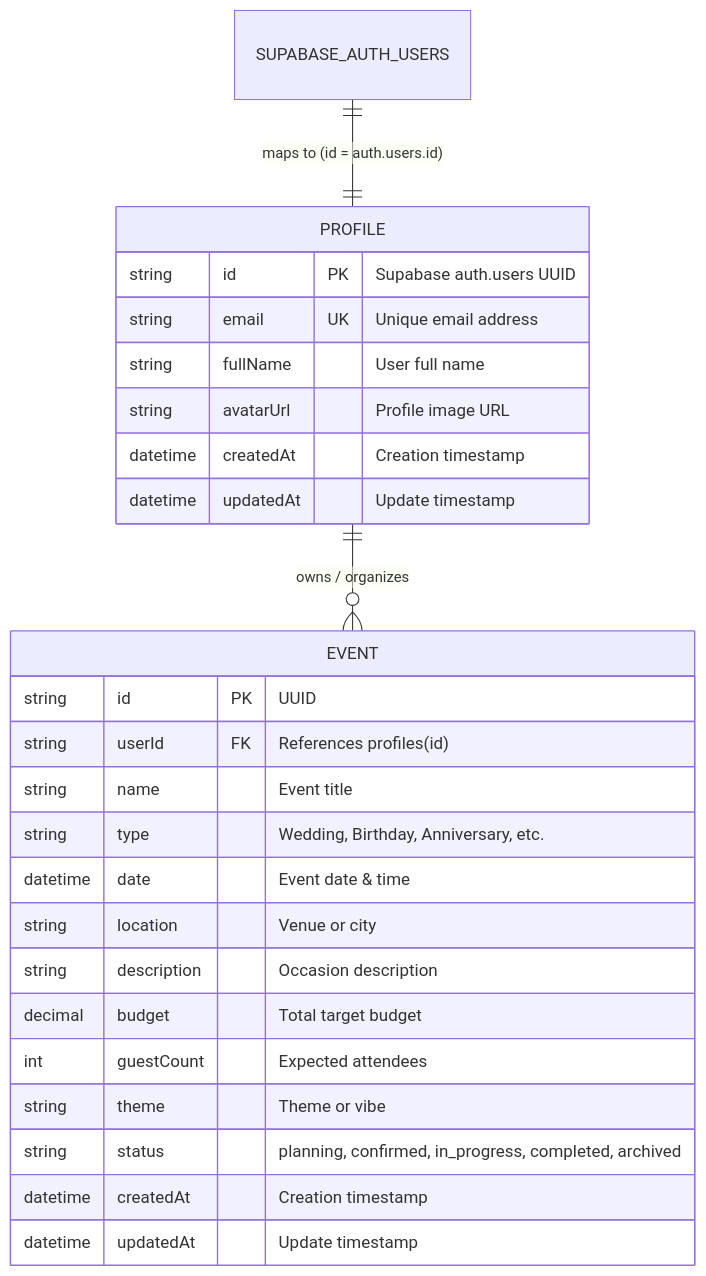
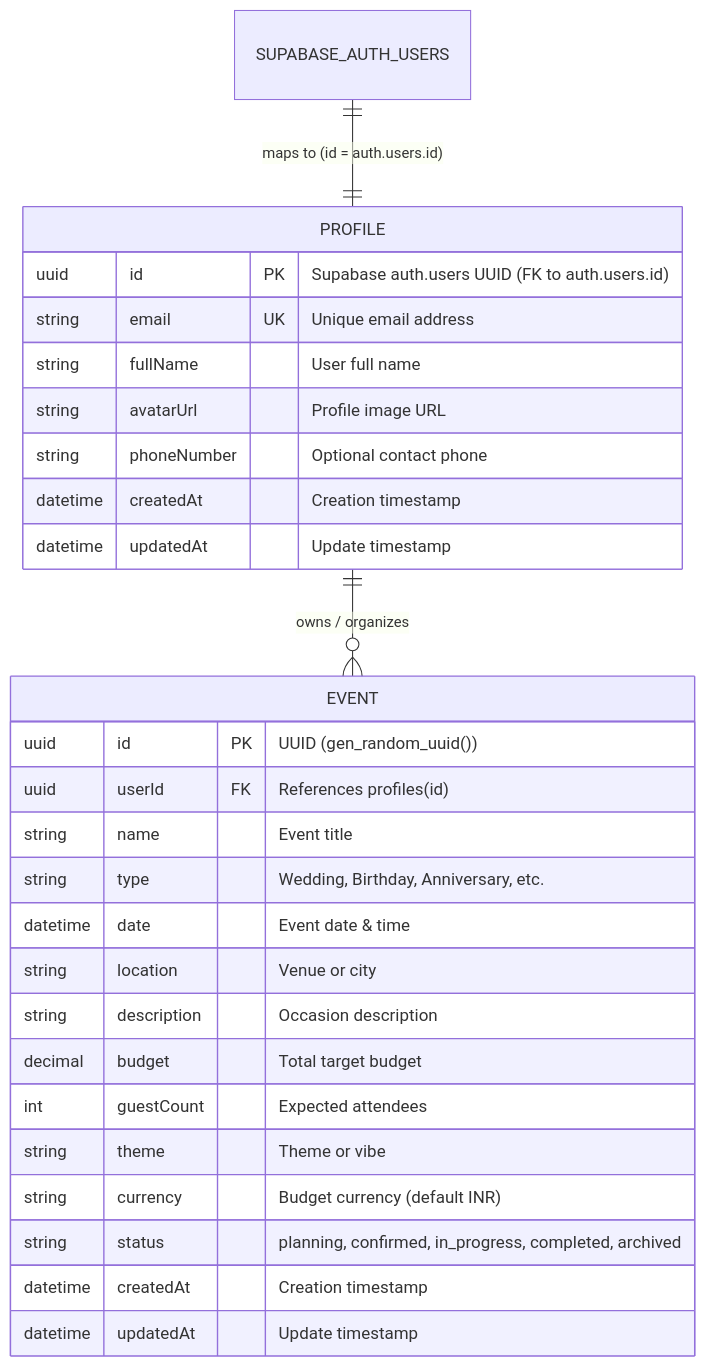
Before and after one commit to ZEESHAN0603/PromptWar: the diagram in backend/docs/DATABASE_DESIGN.md, drawn with Mermaid. The commit also changed other lines of this file and 40 other files, not shown here.

````diff
--- a/backend/docs/DATABASE_DESIGN.md
+++ b/backend/docs/DATABASE_DESIGN.md
@@ -14,30 +14,32 @@
 ```mermaid
 erDiagram
     SUPABASE_AUTH_USERS ||--|| PROFILE : "maps to (id = auth.users.id)"
     PROFILE ||--o{ EVENT : "owns / organizes"
 
     PROFILE {
-        string id PK "Supabase auth.users UUID"
+        uuid id PK "Supabase auth.users UUID (FK to auth.users.id)"
         string email UK "Unique email address"
         string fullName "User full name"
         string avatarUrl "Profile image URL"
+        string phoneNumber "Optional contact phone"
         datetime createdAt "Creation timestamp"
         datetime updatedAt "Update timestamp"
     }
 
     EVENT {
-        string id PK "UUID"
-        string userId FK "References profiles(id)"
+        uuid id PK "UUID (gen_random_uuid())"
+        uuid userId FK "References profiles(id)"
         string name "Event title"
         string type "Wedding, Birthday, Anniversary, etc."
         datetime date "Event date & time"
         string location "Venue or city"
         string description "Occasion description"
         decimal budget "Total target budget"
         int guestCount "Expected attendees"
         string theme "Theme or vibe"
+        string currency "Budget currency (default INR)"
         string status "planning, confirmed, in_progress, completed, archived"
         datetime createdAt "Creation timestamp"
         datetime updatedAt "Update timestamp"
     }
 ```
````
